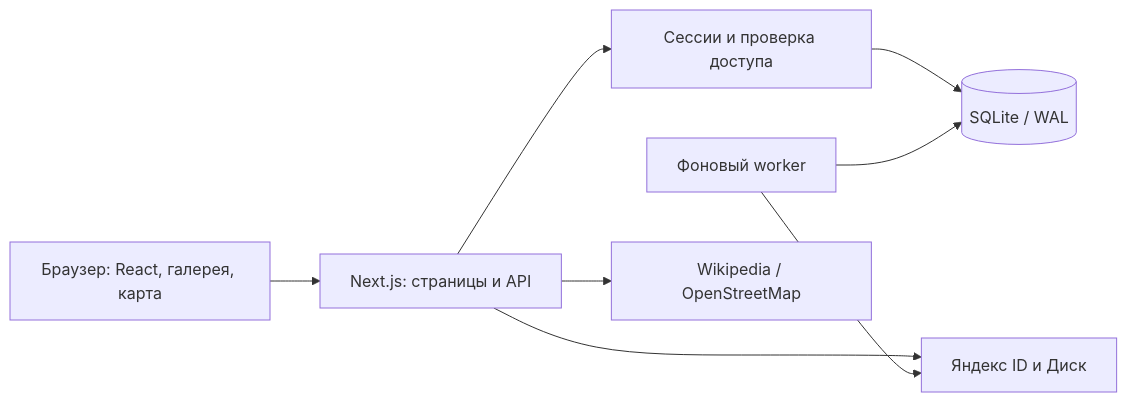
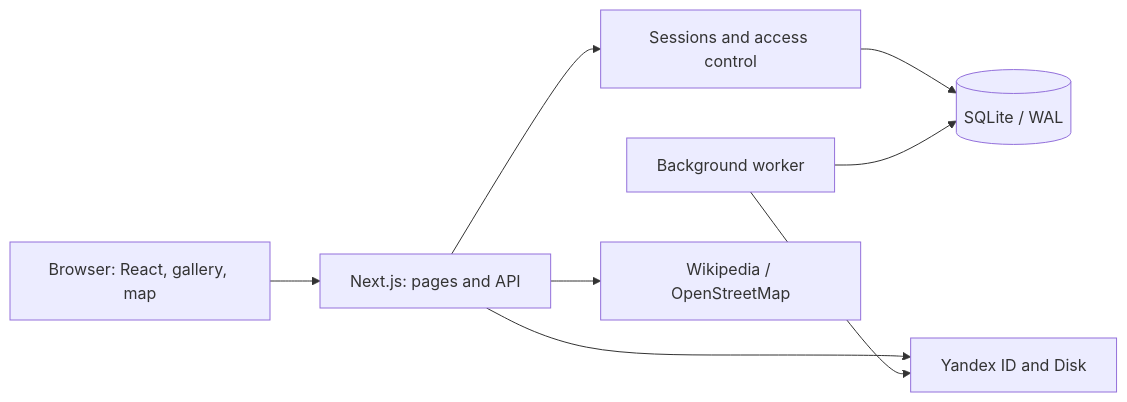
The diagram in README.md (tallsagePl/questkeeps), drawn with Mermaid before and after one commit. The commit also changed other lines of this file and 11 other files, not shown here.

````diff
--- a/README.md
+++ b/README.md
@@ -51,10 +53,10 @@
 ```mermaid
 flowchart LR
-    Browser["Браузер: React, галерея, карта"] --> Web["Next.js: страницы и API"]
-    Web --> Access["Сессии и проверка доступа"]
+    Browser["Browser: React, gallery, map"] --> Web["Next.js: pages and API"]
+    Web --> Access["Sessions and access control"]
     Access --> DB[("SQLite / WAL")]
-    Web --> Drive["Яндекс ID и Диск"]
-    Worker["Фоновый worker"] --> Drive
+    Web --> Drive["Yandex ID and Disk"]
+    Worker["Background worker"] --> Drive
     Worker --> DB
     Web --> Places["Wikipedia / OpenStreetMap"]
 ```
````
